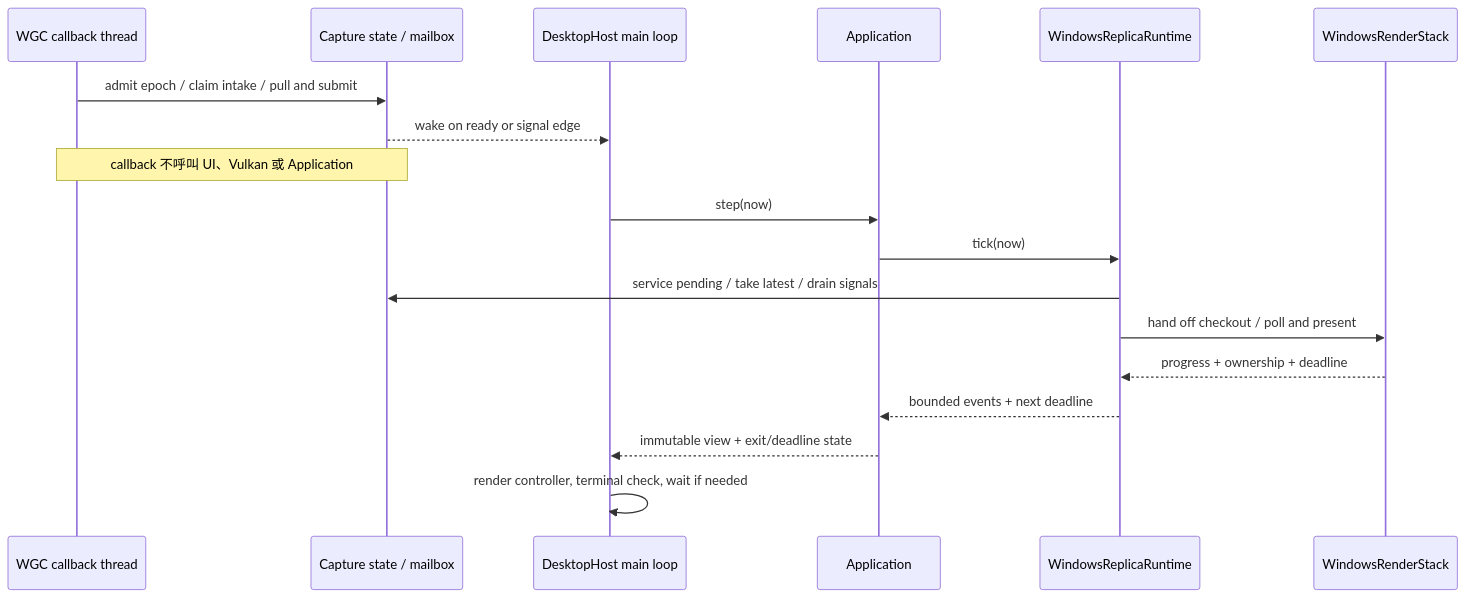
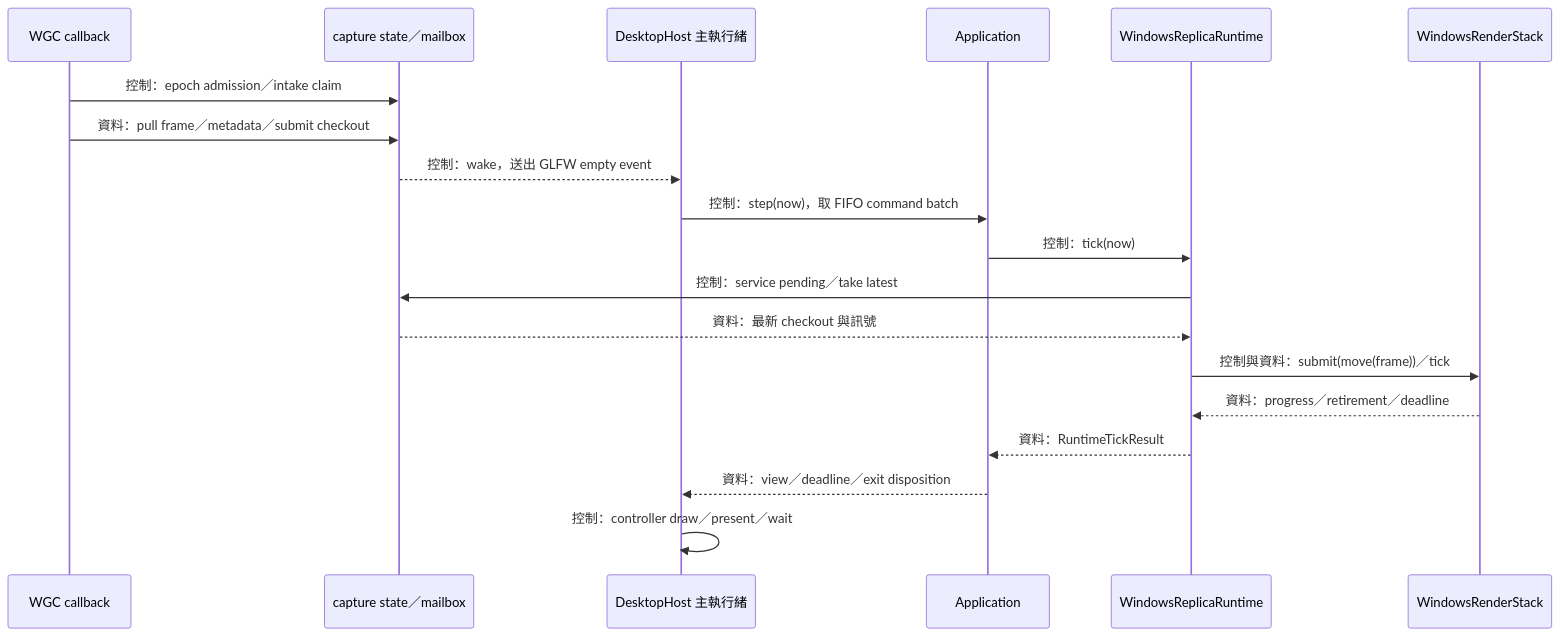
Before and after one commit to Mes0903/avb0795: the third of 5 diagrams in docs/architecture/README.md, drawn with Mermaid. The commit also changed other lines of this file and 156 other files, not shown here.

````diff
--- a/docs/architecture/README.md
+++ b/docs/architecture/README.md
@@ -74,20 +70,21 @@
 ```mermaid
 sequenceDiagram
-    participant Callback as WGC callback thread
-    participant Job as Capture state / mailbox
-    participant Host as DesktopHost main loop
-    participant App as Application
-    participant Runtime as WindowsReplicaRuntime
-    participant Render as WindowsRenderStack
-    Callback->>Job: admit epoch / claim intake / pull and submit
-    Job-->>Host: wake on ready or signal edge
-    Note over Callback,Job: callback 不呼叫 UI、Vulkan 或 Application
-    Host->>App: step(now)
-    App->>Runtime: tick(now)
-    Runtime->>Job: service pending / take latest / drain signals
-    Runtime->>Render: hand off checkout / poll and present
-    Render-->>Runtime: progress + ownership + deadline
-    Runtime-->>App: bounded events + next deadline
-    App-->>Host: immutable view + exit/deadline state
-    Host->>Host: render controller, terminal check, wait if needed
+    participant C as WGC callback
+    participant S as capture state／mailbox
+    participant H as DesktopHost 主執行緒
+    participant A as Application
+    participant R as WindowsReplicaRuntime
+    participant G as WindowsRenderStack
+    C->>S: 控制：epoch admission／intake claim
+    C->>S: 資料：pull frame／metadata／submit checkout
+    S-->>H: 控制：wake，送出 GLFW empty event
+    H->>A: 控制：step(now)，取 FIFO command batch
+    A->>R: 控制：tick(now)
+    R->>S: 控制：service pending／take latest
+    S-->>R: 資料：最新 checkout 與訊號
+    R->>G: 控制與資料：submit(move(frame))／tick
+    G-->>R: 資料：progress／retirement／deadline
+    R-->>A: 資料：RuntimeTickResult
+    A-->>H: 資料：view／deadline／exit disposition
+    H->>H: 控制：controller draw／present／wait
 ```
````
